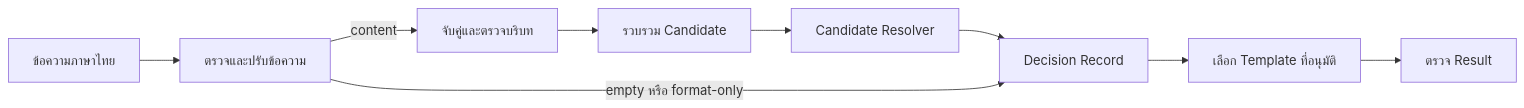
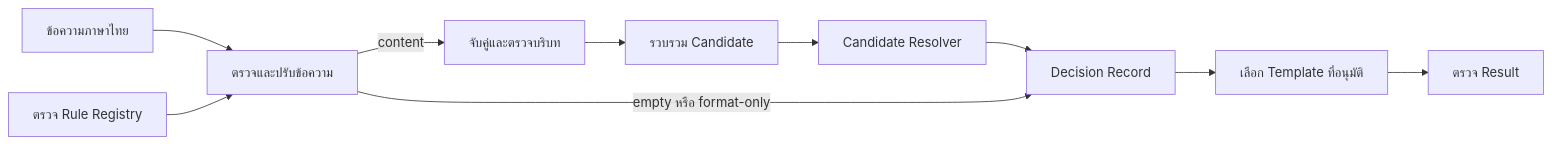
One commit to siwakon8285/thai-anti-scam-ai changed the first of 2 diagrams in README.md. Above: the diagram before and after it, drawn with Mermaid. The commit also changed other lines of this file and 5 other files, not shown here.

````diff
--- a/README.md
+++ b/README.md
@@ -35,11 +36,12 @@
 ```mermaid
 flowchart LR
     input["ข้อความภาษาไทย"] --> text["ตรวจและปรับข้อความ"]
+    registry["ตรวจ Rule Registry"] --> text
     text -->|content| matches["จับคู่และตรวจบริบท"]
     matches --> candidates["รวบรวม Candidate"]
     candidates --> selection["Candidate Resolver"]
     selection --> decision["Decision Record"]
     text -->|empty หรือ format-only| decision
     decision --> response["เลือก Template ที่อนุมัติ"]
     response --> output["ตรวจ Result"]
 ```
````
